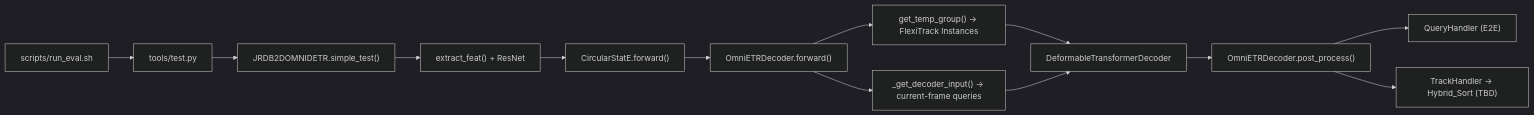
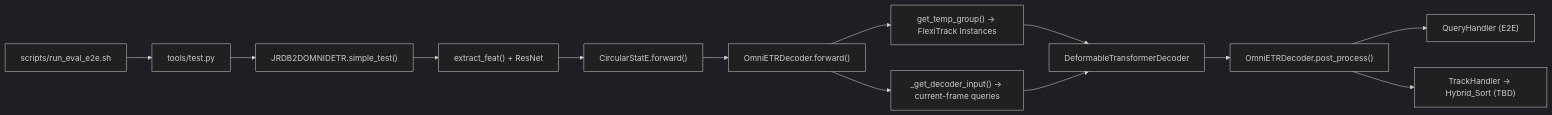
Before and after one commit to YinMinghhh/OmniTrack: the diagram in docs/omnitrack_figure2_algorithm1_code_map.md, drawn with Mermaid (dark theme). The commit also changed other lines of this file and 8 other files, not shown here.

Commit message:
refactor: rename e2e eval scripts

````diff
--- a/docs/omnitrack_figure2_algorithm1_code_map.md
+++ b/docs/omnitrack_figure2_algorithm1_code_map.md
@@ -18,15 +18,15 @@
 ```mermaid
 flowchart LR
-    A["scripts/run_eval.sh"] --> B["tools/test.py"]
+    A["scripts/run_eval_e2e.sh"] --> B["tools/test.py"]
     B --> C["JRDB2DOMNIDETR.simple_test()"]
     C --> D["extract_feat() + ResNet"]
     D --> E["CircularStatE.forward()"]
     E --> F["OmniETRDecoder.forward()"]
     F --> G["get_temp_group() -> FlexiTrack Instances"]
     F --> H["_get_decoder_input() -> current-frame queries"]
     G --> I["DeformableTransformerDecoder"]
     H --> I
     I --> J["OmniETRDecoder.post_process()"]
     J --> K["QueryHandler (E2E)"]
     J --> L["TrackHandler -> Hybrid_Sort (TBD)"]
 ```
````
